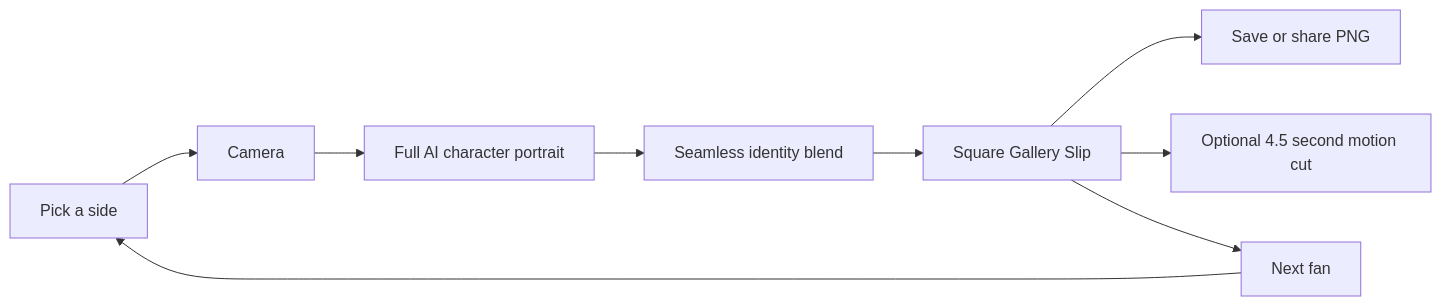
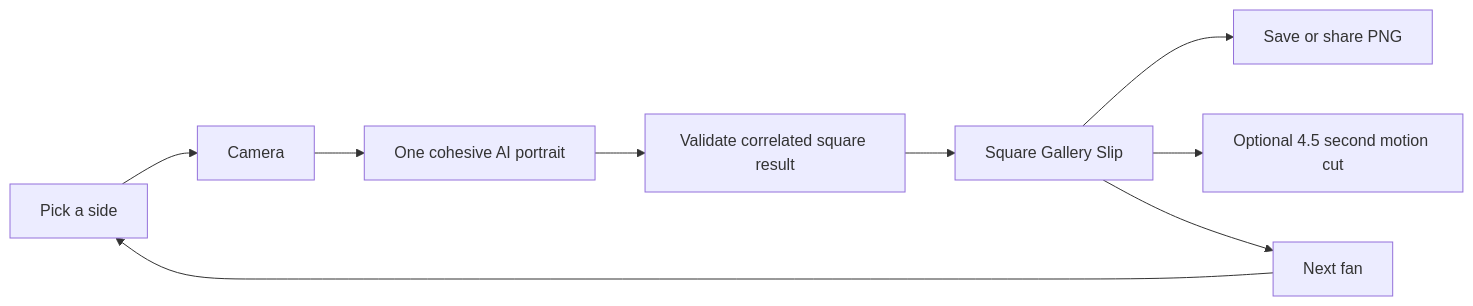
Before and after one commit to goldytalks/derby-dashboard: the diagram in README.md, drawn with Mermaid. The commit also changed other lines of this file and 8 other files, not shown here.

````diff
--- a/README.md
+++ b/README.md
@@ -29,11 +33,11 @@
 ```mermaid
 flowchart LR
   Pick[Pick a side] --> Camera[Camera]
-  Camera --> Costume[Full AI character portrait]
-  Costume --> Identity[Seamless identity blend]
-  Identity --> Slip[Square Gallery Slip]
+  Camera --> Generate[One cohesive AI portrait]
+  Generate --> Validate[Validate correlated square result]
+  Validate --> Slip[Square Gallery Slip]
   Slip --> Still[Save or share PNG]
   Slip --> Motion[Optional 4.5 second motion cut]
   Slip --> Next[Next fan]
   Next --> Pick
 ```
````
